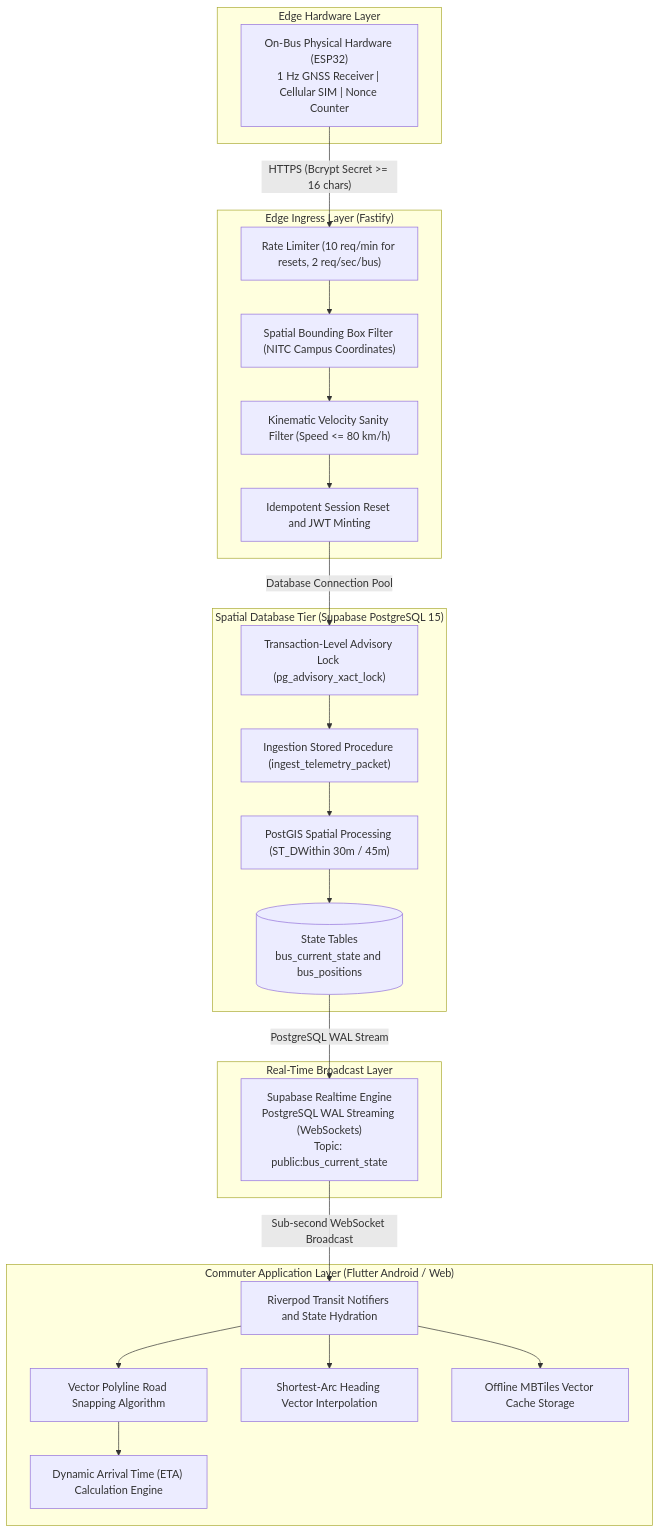
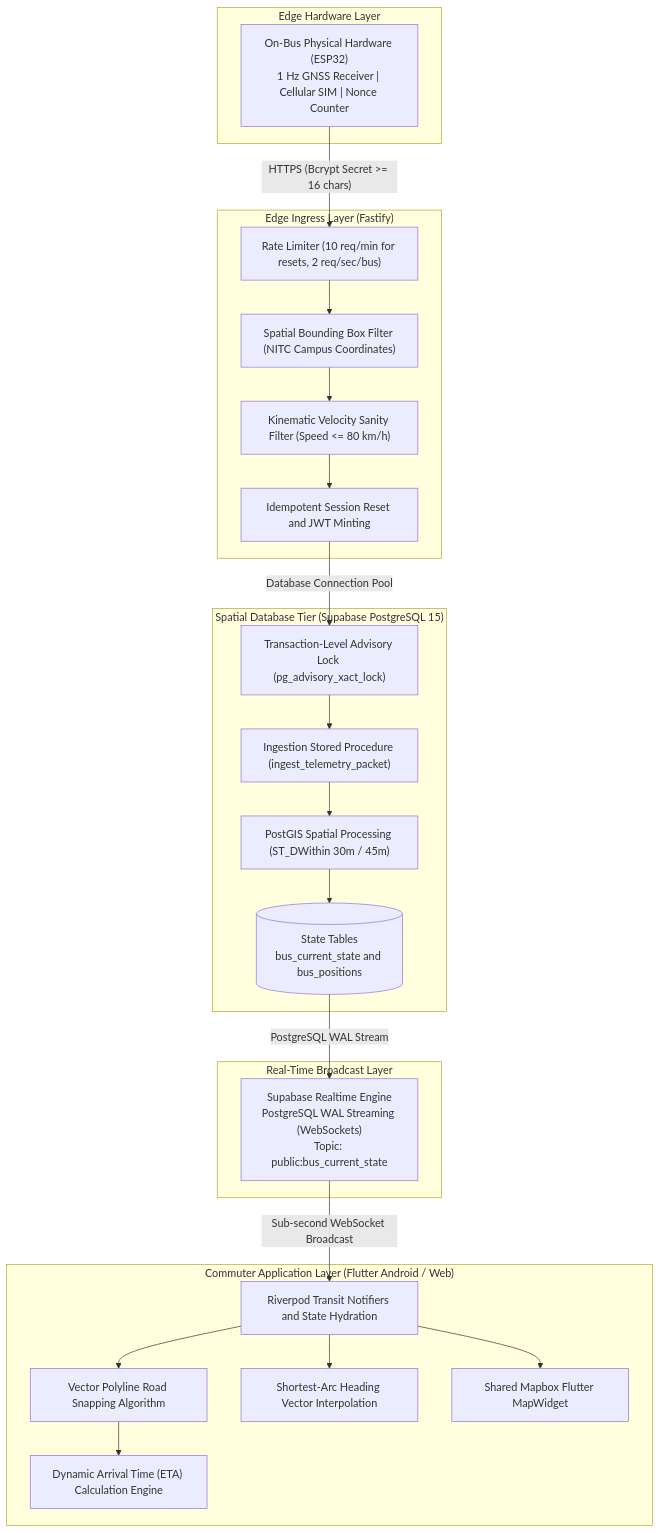
Before and after one commit to SH1SHANK/nitc-bus-tracking-app: the first of 3 diagrams in README.md, drawn with Mermaid. The commit also changed other lines of this file and 43 other files, not shown here.

Commit message:
feat(map): replace offline bridge with native Mapbox 3D map

````diff
--- a/README.md
+++ b/README.md
@@ -68,42 +68,42 @@
 ```mermaid
 flowchart TD
     subgraph Hardware ["Edge Hardware Layer"]
         ESP["On-Bus Physical Hardware (ESP32)\n1 Hz GNSS Receiver | Cellular SIM | Nonce Counter"]
     end
 
     subgraph Gateway ["Edge Ingress Layer (Fastify)"]
         GW1["Rate Limiter (10 req/min for resets, 2 req/sec/bus)"]
         GW2["Spatial Bounding Box Filter (NITC Campus Coordinates)"]
         GW3["Kinematic Velocity Sanity Filter (Speed <= 80 km/h)"]
         GW4["Idempotent Session Reset and JWT Minting"]
         GW1 --> GW2 --> GW3 --> GW4
     end
 
     subgraph Database ["Spatial Database Tier (Supabase PostgreSQL 15)"]
         LOCK["Transaction-Level Advisory Lock (pg_advisory_xact_lock)"]
         RPC["Ingestion Stored Procedure (ingest_telemetry_packet)"]
         POSTGIS["PostGIS Spatial Processing (ST_DWithin 30m / 45m)"]
         TABLES[("State Tables\nbus_current_state and bus_positions")]
         LOCK --> RPC --> POSTGIS --> TABLES
     end
 
     subgraph Broadcast ["Real-Time Broadcast Layer"]
         REALTIME["Supabase Realtime Engine\nPostgreSQL WAL Streaming (WebSockets)\nTopic: public:bus_current_state"]
     end
 
     subgraph Client ["Commuter Application Layer (Flutter Android / Web)"]
         C1["Riverpod Transit Notifiers and State Hydration"]
         C2["Vector Polyline Road Snapping Algorithm"]
         C3["Dynamic Arrival Time (ETA) Calculation Engine"]
         C4["Shortest-Arc Heading Vector Interpolation"]
-        C5["Offline MBTiles Vector Cache Storage"]
+        C5["Shared Mapbox Flutter MapWidget"]
         C1 --> C2 --> C3
         C1 --> C4
         C1 --> C5
     end
 
     ESP -->|"HTTPS (Bcrypt Secret >= 16 chars)"| GW1
     GW4 -->|"Database Connection Pool"| LOCK
     TABLES -->|"PostgreSQL WAL Stream"| REALTIME
     REALTIME -->|"Sub-second WebSocket Broadcast"| C1
 ```
````
